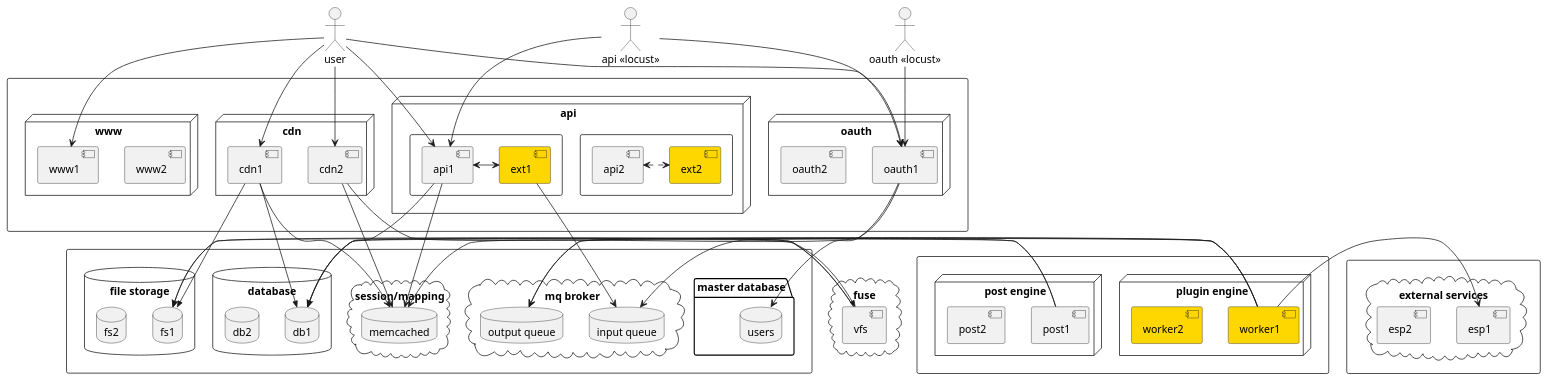
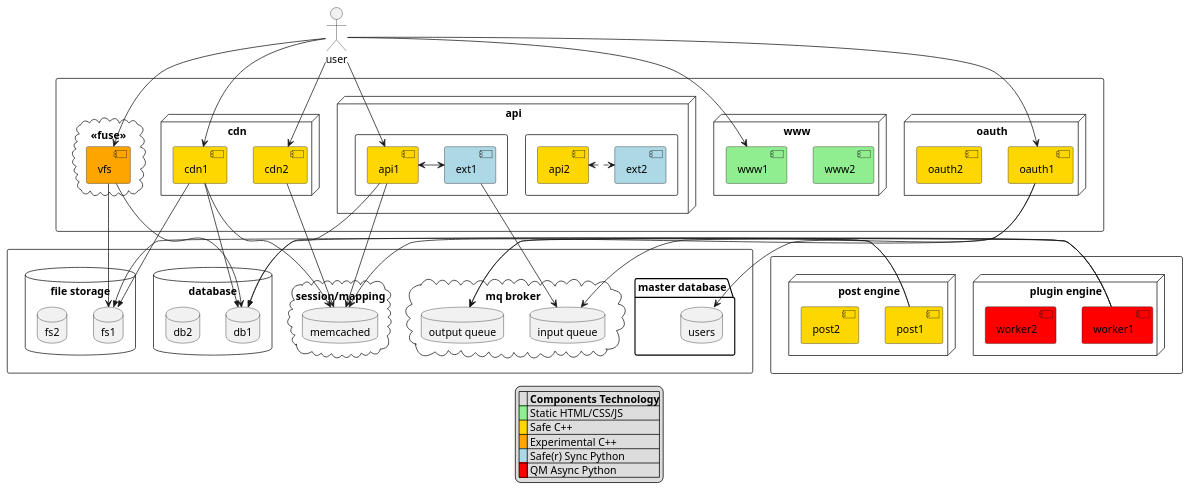
Before and after one commit to adiog/io_quicksave_dev: the diagram in plant_source/Architecture.puml, drawn with PlantUML. The commit also changed 2 other files, not shown here.

Commit message:
fuse intro

```diff
--- a/plant_source/Architecture.puml
+++ b/plant_source/Architecture.puml
@@ -1,118 +1,128 @@
 @startuml
 
 actor user
-actor "api <<locust>>" as api_locust
-actor "oauth <<locust>>" as oauth_locust
+'actor "api <<locust>>" as api_locust
+'actor "oauth <<locust>>" as oauth_locust
 
 rectangle {
   node "oauth" {
-    [oauth1]
-    [oauth2]
+    [oauth1] #Gold
+    [oauth2] #Gold
   }
 
   node "www" {
-    [www2]
-    [www1]
+    [www2] #LightGreen
+    [www1] #LightGreen
   }
 
   node "api" {
     rectangle {
-    [api2]
-    [ext2] #Gold
+    [api2] #Gold
+    [ext2] #LightBlue
     }
     rectangle {
-    [api1]
-    [ext1] #Gold
+    [api1] #Gold
+    [ext1] #LightBlue
     }
   }
 
   node "cdn" {
-    [cdn1]
-    [cdn2]
+    [cdn1] #Gold
+    [cdn2] #Gold
   }
+
+    cloud "<<fuse>>" {
+       [vfs] #Orange
+    }
 }
 
-  cloud "fuse" {
-     [vfs]
-  }
+
 
 rectangle {
   cloud "session/mapping" {
     database memcached as mem
   }
 
   cloud "mq broker" {
     database "input queue" as input
     database "output queue" as output
   }
 
   package "master database" {
     database users as map
   }
 
   database database {
     database db1
     database db2
   }
 
 
   database "file storage" {
     database fs1
     database fs2
   }
 }
 
 rectangle {
   node "plugin engine" {
-    [worker1] #Gold
-    [worker2] #Gold
+    [worker1] #Red
+    [worker2] #Red
   }
 
   node "post engine" {
-    [post1]
-    [post2]
+    [post1] #Gold
+    [post2] #Gold
    }
 }
 
-rectangle {
-  cloud "external services" {
-    [esp1]
-    [esp2]
-  }
-}
+'rectangle {
+'  cloud "external services" {
+'    [esp1]
+'    [esp2]
+'  }
+'}
 
 user --> [www1]
 user --> [api1]
 user --> [cdn1]
 user --> [cdn2]
+user --> vfs
 
-oauth_locust --> [oauth1]
+'oauth_locust --> [oauth1]
 
-api_locust --> [api1]
-api_locust --> [oauth1]
+'api_locust --> [api1]
+'api_locust --> [oauth1]
 
 [api1] --> mem
 user --> [oauth1]
 [cdn1] ->> db1
-[cdn2] ->> vfs
 [cdn2] -> mem
 [oauth1] --> map
 [cdn1] -> mem
 [oauth1] -> mem
 
 [vfs] -> db1
 [vfs] -> fs1
 [cdn1] ->> fs1
 [api1] ->> db1
 [api1] <-> [ext1]
 [api2] <.> [ext2]
 [ext1] -> input
 input <- [worker1]
 output <- [worker1]
 fs1 <<- [worker1]
 output <- [post1]
 
 db1 <<- [post1]
-[worker1] -> [esp1]
+'[worker1] -> [esp1]
 
+legend
+|= |= Components Technology|
+|<back:lightgreen>   </back>| Static HTML/CSS/JS |
+|<back:gold>   </back>| Safe C++ |
+|<back:orange>   </back>| Experimental C++ |
+|<back:lightblue>   </back>| Safe(r) Sync Python |
+|<back:red>   </back>| QM Async Python |
+endlegend
 @enduml
```
